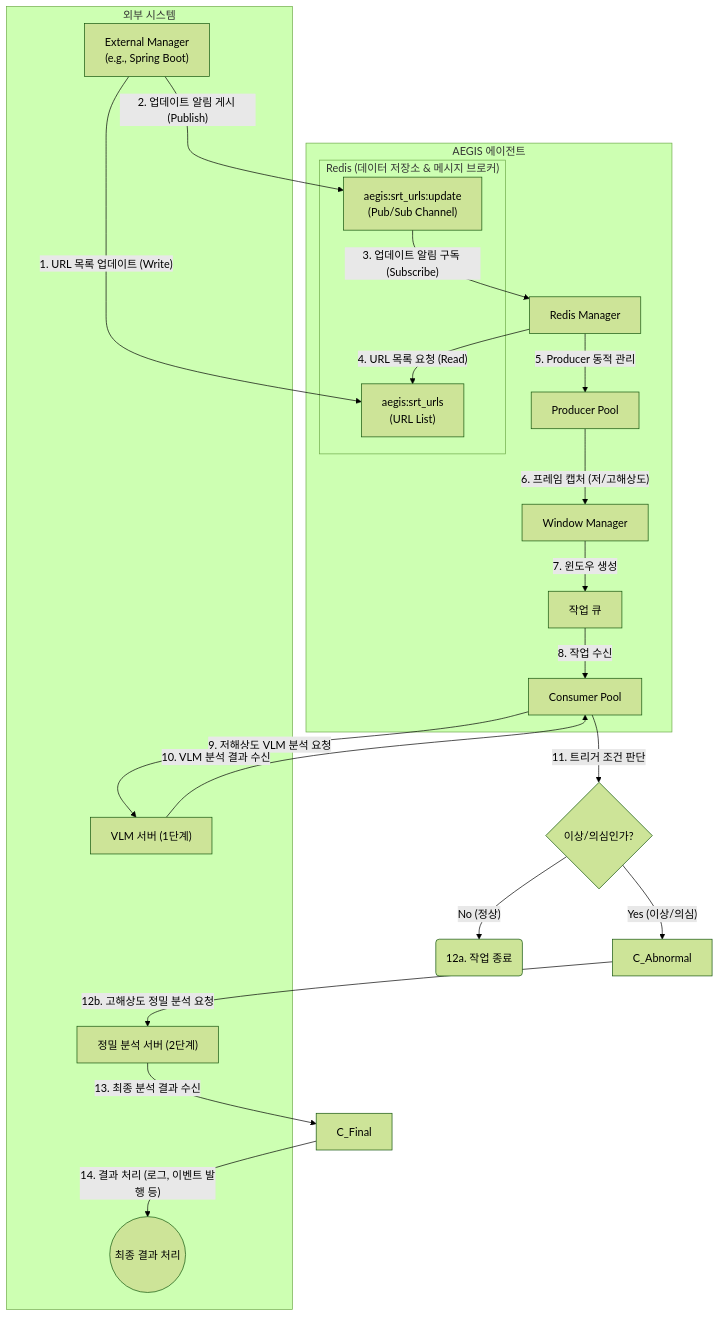
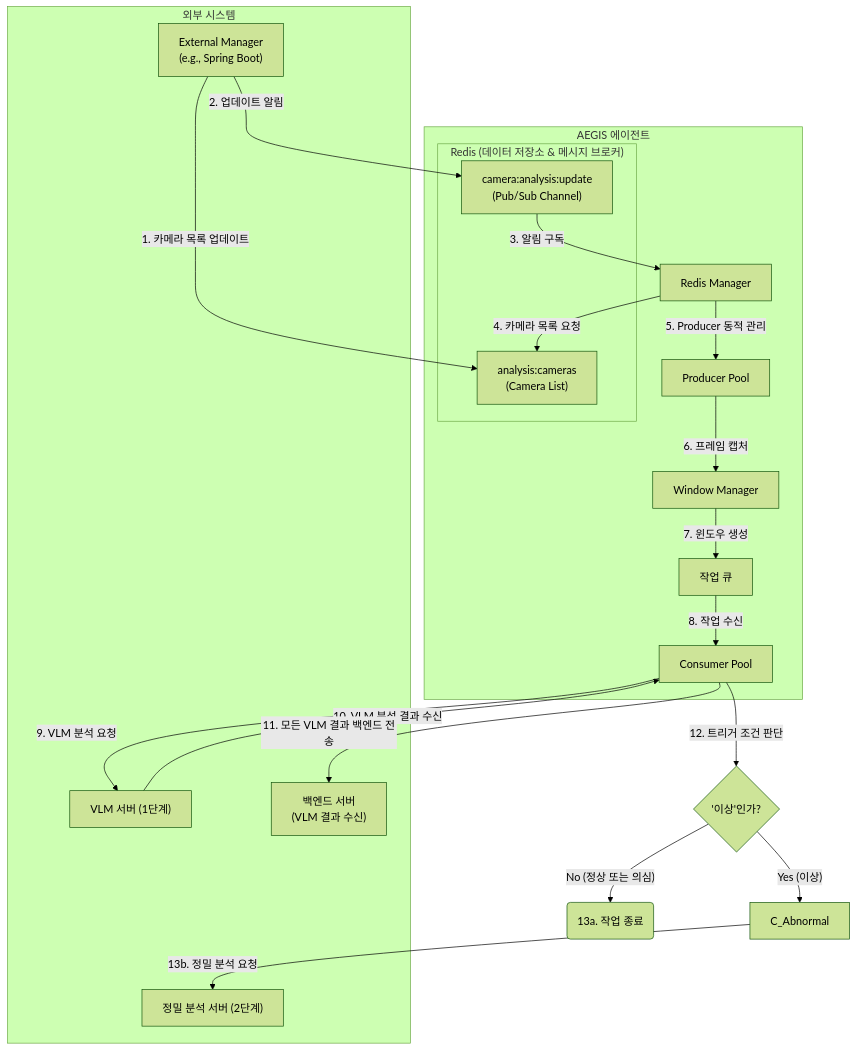
The diagram in src/Agent_Workflow.md (AIX-01/aegis-ai-agent), drawn with Mermaid (forest theme) before and after one commit. The commit also changed other lines of this file and 15 other files, not shown here.

Commit message:
feat: add BackendClient for sending VLM results to backend API and update consumer workflow

````diff
--- a/src/Agent_Workflow.md
+++ b/src/Agent_Workflow.md
@@ -39,42 +43,41 @@
 ```mermaid
 graph TD
     subgraph Ext["외부 시스템"]
         S["External Manager<br>(e.g., Spring Boot)"]
         VLM["VLM 서버 (1단계)"]
+        Backend["백엔드 서버<br>(VLM 결과 수신)"]
         Precision["정밀 분석 서버 (2단계)"]
-        FinalResult((최종 결과 처리))
     end
 
     subgraph Agent["AEGIS 에이전트"]
         subgraph Redis["Redis (데이터 저장소 & 메시지 브로커)"]
-            R["aegis:srt_urls<br>(URL List)"]
-            U["aegis:srt_urls:update<br>(Pub/Sub Channel)"]
+            R["analysis:cameras<br>(Camera List)"]
+            U["camera:analysis:update<br>(Pub/Sub Channel)"]
         end
         
         RM["Redis Manager"]
         P["Producer Pool"]
         WM["Window Manager"]
         Q["작업 큐"]
         C["Consumer Pool"]
 
-        S -- "1. URL 목록 업데이트 (Write)" --> R
-        S -- "2. 업데이트 알림 게시 (Publish)" --> U
+        S -- "1. 카메라 목록 업데이트" --> R
+        S -- "2. 업데이트 알림" --> U
 
-        U -- "3. 업데이트 알림 구독 (Subscribe)" --> RM
-        RM -- "4. URL 목록 요청 (Read)" --> R
+        U -- "3. 알림 구독" --> RM
+        RM -- "4. 카메라 목록 요청" --> R
         
         RM -- "5. Producer 동적 관리" --> P
-        P -- "6. 프레임 캡처 (저/고해상도)" --> WM
+        P -- "6. 프레임 캡처" --> WM
         WM -- "7. 윈도우 생성" --> Q
         Q -- "8. 작업 수신" --> C
-        C -- "9. 저해상도 VLM 분석 요청" --> VLM
+        C -- "9. VLM 분석 요청" --> VLM
     end
 
     VLM -- "10. VLM 분석 결과 수신" --> C
-    C -- "11. 트리거 조건 판단" --> Decision{"이상/의심인가?"}
-    Decision -- "No (정상)" --> C_Normal("12a. 작업 종료")
-    Decision -- "Yes (이상/의심)" --> C_Abnormal
-    C_Abnormal -- "12b. 고해상도 정밀 분석 요청" --> Precision
-    Precision -- "13. 최종 분석 결과 수신" --> C_Final
-    C_Final -- "14. 결과 처리 (로그, 이벤트 발행 등)" --> FinalResult
+    C -- "11. 모든 VLM 결과 백엔드 전송" --> Backend
+    C -- "12. 트리거 조건 판단" --> Decision{"'이상'인가?"}
+    Decision -- "No (정상 또는 의심)" --> C_Normal("13a. 작업 종료")
+    Decision -- "Yes (이상)" --> C_Abnormal
+    C_Abnormal -- "13b. 정밀 분석 요청" --> Precision
 ```
````
